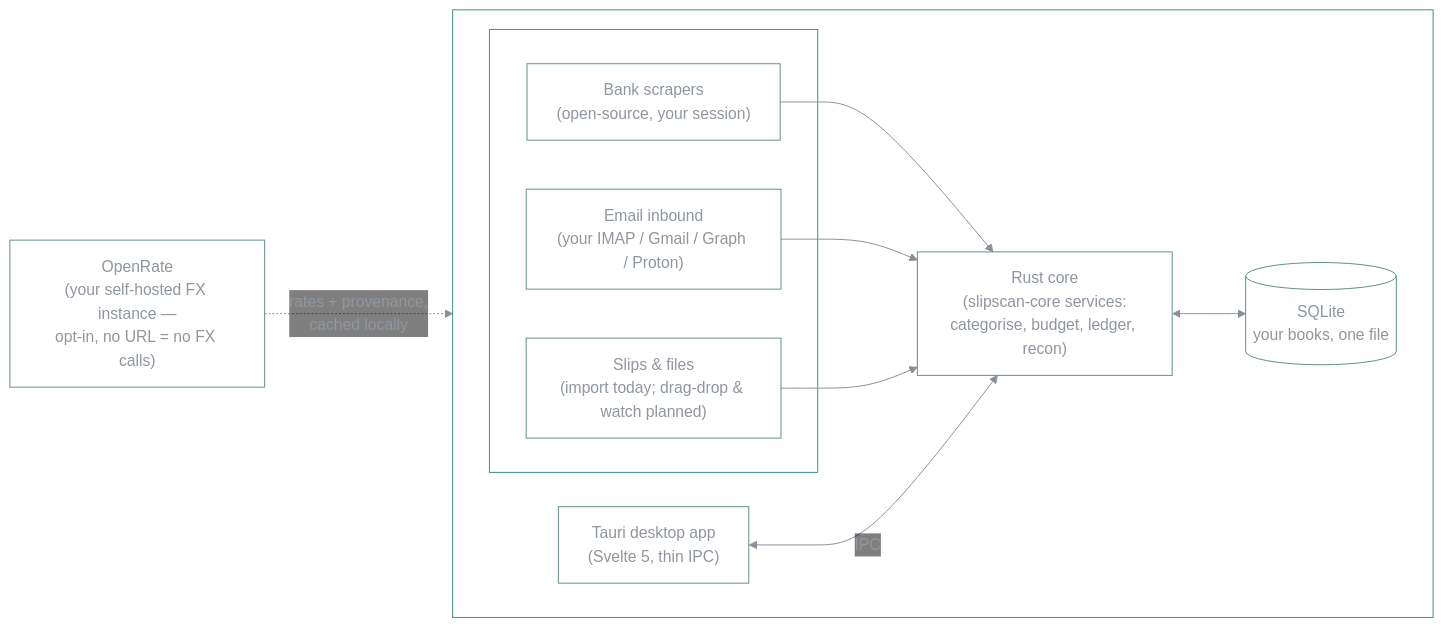
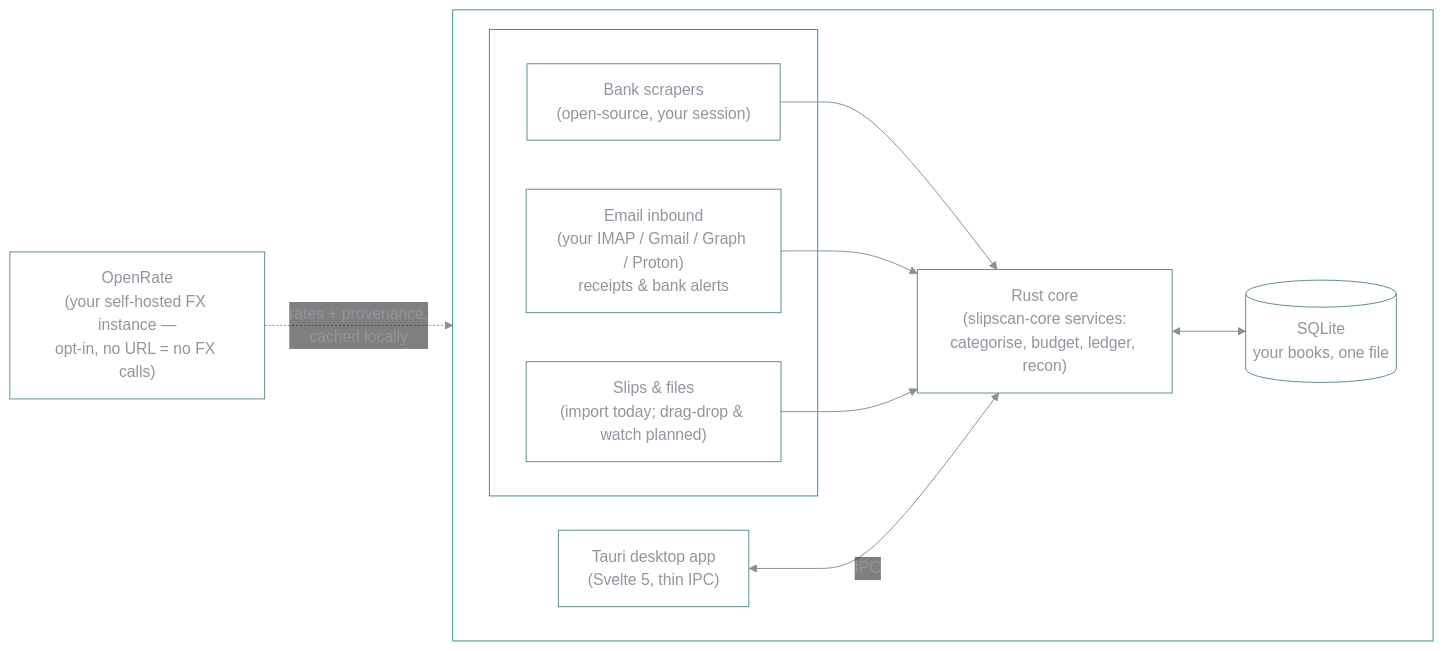
One commit to vul-os/slipscan changed the first of 2 diagrams in README.md. Above: the diagram before and after it, drawn with Mermaid. The commit also changed other lines of this file and 67 other files, not shown here.

````diff
--- a/README.md
+++ b/README.md
@@ -163,22 +167,22 @@
 ```mermaid
 %%{init: {'theme':'base','themeVariables':{'fontFamily':'ui-monospace, SFMono-Regular, Menlo, monospace','primaryColor':'transparent','primaryBorderColor':'#14b8a6','primaryTextColor':'#8f969e','lineColor':'#8a8f98','nodeBorder':'#5f8f8a','edgeLabelBackground':'transparent','clusterBorder':'#3f8f86','clusterBkg':'transparent'}}}%%
 flowchart LR
     subgraph machine["your machine"]
         direction LR
         subgraph sources["sources"]
             bank["Bank scrapers<br/>(open-source, your session)"]
-            mail["Email inbound<br/>(your IMAP / Gmail / Graph / Proton)"]
+            mail["Email inbound<br/>(your IMAP / Gmail / Graph / Proton)<br/>receipts &amp; bank alerts"]
             files["Slips &amp; files<br/>(import today; drag-drop &amp; watch planned)"]
         end
         core["Rust core<br/>(slipscan-core services:<br/>categorise, budget, ledger, recon)"]
         db[("SQLite<br/>your books, one file")]
         app["Tauri desktop app<br/>(Svelte 5, thin IPC)"]
         bank --> core
         mail --> core
         files --> core
         core <--> db
         app <-->|"IPC"| core
     end
     openrate["OpenRate<br/>(your self-hosted FX instance —<br/>opt-in, no URL = no FX calls)"]
     openrate -.->|"rates + provenance,<br/>cached locally"| core
 ```
````
